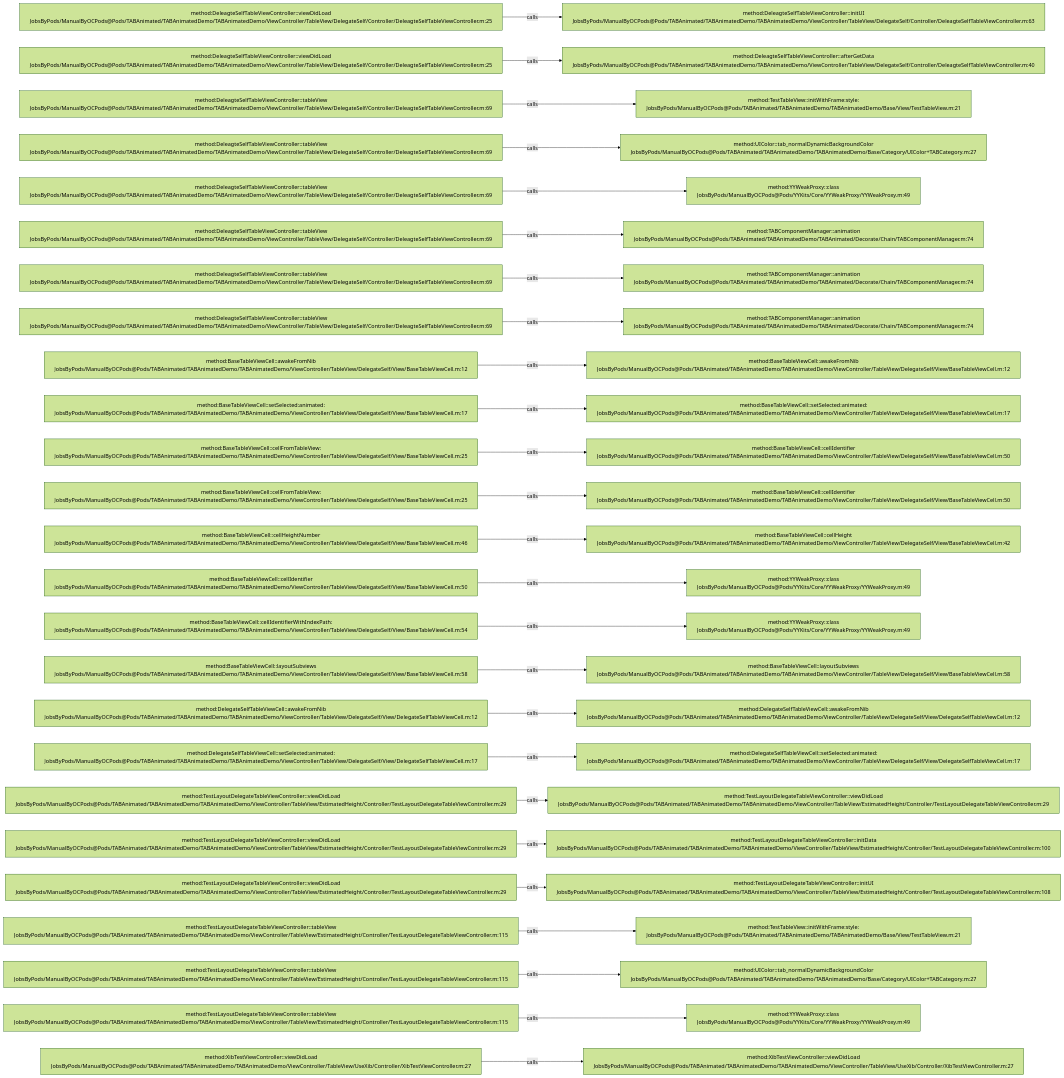
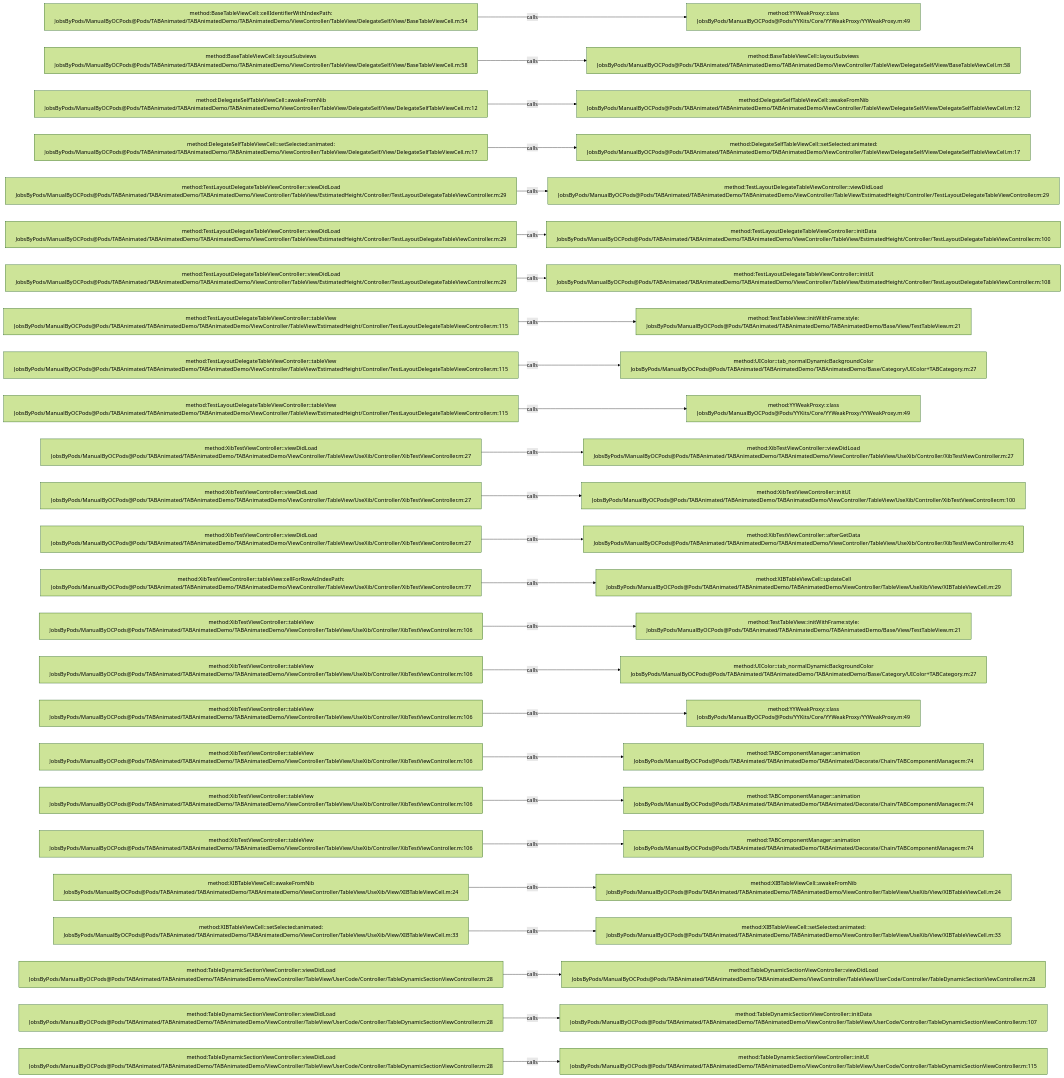
Before and after one commit to JobsKits/JobsOCBaseConfigDemo: the diagram in .codegraph/codegraph.md/graphs/calls-065.md, drawn with Mermaid (forest theme). The commit also changed 296 other files, not shown here.

````diff
--- a/.codegraph/codegraph.md/graphs/calls-065.md
+++ b/.codegraph/codegraph.md/graphs/calls-065.md
@@ -13,78 +13,78 @@
 ```mermaid
 flowchart LR
-  S1["method:DeleagteSelfTableViewController::viewDidLoad<br/>JobsByPods/ManualByOCPods@Pods/TABAnimated/TABAnimatedDemo/TABAnimatedDemo/ViewController/TableView/DelegateSelf/Controller/DeleagteSelfTableViewController.m:25"]
-  T1["method:DeleagteSelfTableViewController::initUI<br/>JobsByPods/ManualByOCPods@Pods/TABAnimated/TABAnimatedDemo/TABAnimatedDemo/ViewController/TableView/DelegateSelf/Controller/DeleagteSelfTableViewController.m:63"]
+  S1["method:BaseTableViewCell::cellIdentifierWithIndexPath:<br/>JobsByPods/ManualByOCPods@Pods/TABAnimated/TABAnimatedDemo/TABAnimatedDemo/ViewController/TableView/DelegateSelf/View/BaseTableViewCell.m:54"]
+  T1["method:YYWeakProxy::class<br/>JobsByPods/ManualByOCPods@Pods/YYKits/Core/YYWeakProxy/YYWeakProxy.m:49"]
   S1 -->|calls| T1
-  S2["method:DeleagteSelfTableViewController::viewDidLoad<br/>JobsByPods/ManualByOCPods@Pods/TABAnimated/TABAnimatedDemo/TABAnimatedDemo/ViewController/TableView/DelegateSelf/Controller/DeleagteSelfTableViewController.m:25"]
-  T2["method:DeleagteSelfTableViewController::afterGetData<br/>JobsByPods/ManualByOCPods@Pods/TABAnimated/TABAnimatedDemo/TABAnimatedDemo/ViewController/TableView/DelegateSelf/Controller/DeleagteSelfTableViewController.m:40"]
+  S2["method:BaseTableViewCell::layoutSubviews<br/>JobsByPods/ManualByOCPods@Pods/TABAnimated/TABAnimatedDemo/TABAnimatedDemo/ViewController/TableView/DelegateSelf/View/BaseTableViewCell.m:58"]
+  T2["method:BaseTableViewCell::layoutSubviews<br/>JobsByPods/ManualByOCPods@Pods/TABAnimated/TABAnimatedDemo/TABAnimatedDemo/ViewController/TableView/DelegateSelf/View/BaseTableViewCell.m:58"]
   S2 -->|calls| T2
-  S3["method:DeleagteSelfTableViewController::tableView<br/>JobsByPods/ManualByOCPods@Pods/TABAnimated/TABAnimatedDemo/TABAnimatedDemo/ViewController/TableView/DelegateSelf/Controller/DeleagteSelfTableViewController.m:69"]
-  T3["method:TestTableView::initWithFrame:style:<br/>JobsByPods/ManualByOCPods@Pods/TABAnimated/TABAnimatedDemo/TABAnimatedDemo/Base/View/TestTableView.m:21"]
+  S3["method:DelegateSelfTableViewCell::awakeFromNib<br/>JobsByPods/ManualByOCPods@Pods/TABAnimated/TABAnimatedDemo/TABAnimatedDemo/ViewController/TableView/DelegateSelf/View/DelegateSelfTableViewCell.m:12"]
+  T3["method:DelegateSelfTableViewCell::awakeFromNib<br/>JobsByPods/ManualByOCPods@Pods/TABAnimated/TABAnimatedDemo/TABAnimatedDemo/ViewController/TableView/DelegateSelf/View/DelegateSelfTableViewCell.m:12"]
   S3 -->|calls| T3
-  S4["method:DeleagteSelfTableViewController::tableView<br/>JobsByPods/ManualByOCPods@Pods/TABAnimated/TABAnimatedDemo/TABAnimatedDemo/ViewController/TableView/DelegateSelf/Controller/DeleagteSelfTableViewController.m:69"]
-  T4["method:UIColor::tab_normalDynamicBackgroundColor<br/>JobsByPods/ManualByOCPods@Pods/TABAnimated/TABAnimatedDemo/TABAnimatedDemo/Base/Category/UIColor+TABCategory.m:27"]
+  S4["method:DelegateSelfTableViewCell::setSelected:animated:<br/>JobsByPods/ManualByOCPods@Pods/TABAnimated/TABAnimatedDemo/TABAnimatedDemo/ViewController/TableView/DelegateSelf/View/DelegateSelfTableViewCell.m:17"]
+  T4["method:DelegateSelfTableViewCell::setSelected:animated:<br/>JobsByPods/ManualByOCPods@Pods/TABAnimated/TABAnimatedDemo/TABAnimatedDemo/ViewController/TableView/DelegateSelf/View/DelegateSelfTableViewCell.m:17"]
   S4 -->|calls| T4
-  S5["method:DeleagteSelfTableViewController::tableView<br/>JobsByPods/ManualByOCPods@Pods/TABAnimated/TABAnimatedDemo/TABAnimatedDemo/ViewController/TableView/DelegateSelf/Controller/DeleagteSelfTableViewController.m:69"]
-  T5["method:YYWeakProxy::class<br/>JobsByPods/ManualByOCPods@Pods/YYKits/Core/YYWeakProxy/YYWeakProxy.m:49"]
+  S5["method:TestLayoutDelegateTableViewController::viewDidLoad<br/>JobsByPods/ManualByOCPods@Pods/TABAnimated/TABAnimatedDemo/TABAnimatedDemo/ViewController/TableView/EstimatedHeight/Controller/TestLayoutDelegateTableViewController.m:29"]
+  T5["method:TestLayoutDelegateTableViewController::viewDidLoad<br/>JobsByPods/ManualByOCPods@Pods/TABAnimated/TABAnimatedDemo/TABAnimatedDemo/ViewController/TableView/EstimatedHeight/Controller/TestLayoutDelegateTableViewController.m:29"]
   S5 -->|calls| T5
-  S6["method:DeleagteSelfTableViewController::tableView<br/>JobsByPods/ManualByOCPods@Pods/TABAnimated/TABAnimatedDemo/TABAnimatedDemo/ViewController/TableView/DelegateSelf/Controller/DeleagteSelfTableViewController.m:69"]
-  T6["method:TABComponentManager::animation<br/>JobsByPods/ManualByOCPods@Pods/TABAnimated/TABAnimatedDemo/TABAnimated/Decorate/Chain/TABComponentManager.m:74"]
+  S6["method:TestLayoutDelegateTableViewController::viewDidLoad<br/>JobsByPods/ManualByOCPods@Pods/TABAnimated/TABAnimatedDemo/TABAnimatedDemo/ViewController/TableView/EstimatedHeight/Controller/TestLayoutDelegateTableViewController.m:29"]
+  T6["method:TestLayoutDelegateTableViewController::initData<br/>JobsByPods/ManualByOCPods@Pods/TABAnimated/TABAnimatedDemo/TABAnimatedDemo/ViewController/TableView/EstimatedHeight/Controller/TestLayoutDelegateTableViewController.m:100"]
   S6 -->|calls| T6
-  S7["method:DeleagteSelfTableViewController::tableView<br/>JobsByPods/ManualByOCPods@Pods/TABAnimated/TABAnimatedDemo/TABAnimatedDemo/ViewController/TableView/DelegateSelf/Controller/DeleagteSelfTableViewController.m:69"]
-  T7["method:TABComponentManager::animation<br/>JobsByPods/ManualByOCPods@Pods/TABAnimated/TABAnimatedDemo/TABAnimated/Decorate/Chain/TABComponentManager.m:74"]
+  S7["method:TestLayoutDelegateTableViewController::viewDidLoad<br/>JobsByPods/ManualByOCPods@Pods/TABAnimated/TABAnimatedDemo/TABAnimatedDemo/ViewController/TableView/EstimatedHeight/Controller/TestLayoutDelegateTableViewController.m:29"]
+  T7["method:TestLayoutDelegateTableViewController::initUI<br/>JobsByPods/ManualByOCPods@Pods/TABAnimated/TABAnimatedDemo/TABAnimatedDemo/ViewController/TableView/EstimatedHeight/Controller/TestLayoutDelegateTableViewController.m:108"]
   S7 -->|calls| T7
-  S8["method:DeleagteSelfTableViewController::tableView<br/>JobsByPods/ManualByOCPods@Pods/TABAnimated/TABAnimatedDemo/TABAnimatedDemo/ViewController/TableView/DelegateSelf/Controller/DeleagteSelfTableViewController.m:69"]
-  T8["method:TABComponentManager::animation<br/>JobsByPods/ManualByOCPods@Pods/TABAnimated/TABAnimatedDemo/TABAnimated/Decorate/Chain/TABComponentManager.m:74"]
+  S8["method:TestLayoutDelegateTableViewController::tableView<br/>JobsByPods/ManualByOCPods@Pods/TABAnimated/TABAnimatedDemo/TABAnimatedDemo/ViewController/TableView/EstimatedHeight/Controller/TestLayoutDelegateTableViewController.m:115"]
+  T8["method:TestTableView::initWithFrame:style:<br/>JobsByPods/ManualByOCPods@Pods/TABAnimated/TABAnimatedDemo/TABAnimatedDemo/Base/View/TestTableView.m:21"]
   S8 -->|calls| T8
-  S9["method:BaseTableViewCell::awakeFromNib<br/>JobsByPods/ManualByOCPods@Pods/TABAnimated/TABAnimatedDemo/TABAnimatedDemo/ViewController/TableView/DelegateSelf/View/BaseTableViewCell.m:12"]
-  T9["method:BaseTableViewCell::awakeFromNib<br/>JobsByPods/ManualByOCPods@Pods/TABAnimated/TABAnimatedDemo/TABAnimatedDemo/ViewController/TableView/DelegateSelf/View/BaseTableViewCell.m:12"]
+  S9["method:TestLayoutDelegateTableViewController::tableView<br/>JobsByPods/ManualByOCPods@Pods/TABAnimated/TABAnimatedDemo/TABAnimatedDemo/ViewController/TableView/EstimatedHeight/Controller/TestLayoutDelegateTableViewController.m:115"]
+  T9["method:UIColor::tab_normalDynamicBackgroundColor<br/>JobsByPods/ManualByOCPods@Pods/TABAnimated/TABAnimatedDemo/TABAnimatedDemo/Base/Category/UIColor+TABCategory.m:27"]
   S9 -->|calls| T9
-  S10["method:BaseTableViewCell::setSelected:animated:<br/>JobsByPods/ManualByOCPods@Pods/TABAnimated/TABAnimatedDemo/TABAnimatedDemo/ViewController/TableView/DelegateSelf/View/BaseTableViewCell.m:17"]
-  T10["method:BaseTableViewCell::setSelected:animated:<br/>JobsByPods/ManualByOCPods@Pods/TABAnimated/TABAnimatedDemo/TABAnimatedDemo/ViewController/TableView/DelegateSelf/View/BaseTableViewCell.m:17"]
+  S10["method:TestLayoutDelegateTableViewController::tableView<br/>JobsByPods/ManualByOCPods@Pods/TABAnimated/TABAnimatedDemo/TABAnimatedDemo/ViewController/TableView/EstimatedHeight/Controller/TestLayoutDelegateTableViewController.m:115"]
+  T10["method:YYWeakProxy::class<br/>JobsByPods/ManualByOCPods@Pods/YYKits/Core/YYWeakProxy/YYWeakProxy.m:49"]
   S10 -->|calls| T10
-  S11["method:BaseTableViewCell::cellFromTableView:<br/>JobsByPods/ManualByOCPods@Pods/TABAnimated/TABAnimatedDemo/TABAnimatedDemo/ViewController/TableView/DelegateSelf/View/BaseTableViewCell.m:25"]
-  T11["method:BaseTableViewCell::cellIdentifier<br/>JobsByPods/ManualByOCPods@Pods/TABAnimated/TABAnimatedDemo/TABAnimatedDemo/ViewController/TableView/DelegateSelf/View/BaseTableViewCell.m:50"]
+  S11["method:XibTestViewController::viewDidLoad<br/>JobsByPods/ManualByOCPods@Pods/TABAnimated/TABAnimatedDemo/TABAnimatedDemo/ViewController/TableView/UseXib/Controller/XibTestViewController.m:27"]
+  T11["method:XibTestViewController::viewDidLoad<br/>JobsByPods/ManualByOCPods@Pods/TABAnimated/TABAnimatedDemo/TABAnimatedDemo/ViewController/TableView/UseXib/Controller/XibTestViewController.m:27"]
   S11 -->|calls| T11
-  S12["method:BaseTableViewCell::cellFromTableView:<br/>JobsByPods/ManualByOCPods@Pods/TABAnimated/TABAnimatedDemo/TABAnimatedDemo/ViewController/TableView/DelegateSelf/View/BaseTableViewCell.m:25"]
-  T12["method:BaseTableViewCell::cellIdentifier<br/>JobsByPods/ManualByOCPods@Pods/TABAnimated/TABAnimatedDemo/TABAnimatedDemo/ViewController/TableView/DelegateSelf/View/BaseTableViewCell.m:50"]
+  S12["method:XibTestViewController::viewDidLoad<br/>JobsByPods/ManualByOCPods@Pods/TABAnimated/TABAnimatedDemo/TABAnimatedDemo/ViewController/TableView/UseXib/Controller/XibTestViewController.m:27"]
+  T12["method:XibTestViewController::initUI<br/>JobsByPods/ManualByOCPods@Pods/TABAnimated/TABAnimatedDemo/TABAnimatedDemo/ViewController/TableView/UseXib/Controller/XibTestViewController.m:100"]
   S12 -->|calls| T12
-  S13["method:BaseTableViewCell::cellHeightNumber<br/>JobsByPods/ManualByOCPods@Pods/TABAnimated/TABAnimatedDemo/TABAnimatedDemo/ViewController/TableView/DelegateSelf/View/BaseTableViewCell.m:46"]
-  T13["method:BaseTableViewCell::cellHeight<br/>JobsByPods/ManualByOCPods@Pods/TABAnimated/TABAnimatedDemo/TABAnimatedDemo/ViewController/TableView/DelegateSelf/View/BaseTableViewCell.m:42"]
+  S13["method:XibTestViewController::viewDidLoad<br/>JobsByPods/ManualByOCPods@Pods/TABAnimated/TABAnimatedDemo/TABAnimatedDemo/ViewController/TableView/UseXib/Controller/XibTestViewController.m:27"]
+  T13["method:XibTestViewController::afterGetData<br/>JobsByPods/ManualByOCPods@Pods/TABAnimated/TABAnimatedDemo/TABAnimatedDemo/ViewController/TableView/UseXib/Controller/XibTestViewController.m:43"]
   S13 -->|calls| T13
-  S14["method:BaseTableViewCell::cellIdentifier<br/>JobsByPods/ManualByOCPods@Pods/TABAnimated/TABAnimatedDemo/TABAnimatedDemo/ViewController/TableView/DelegateSelf/View/BaseTableViewCell.m:50"]
-  T14["method:YYWeakProxy::class<br/>JobsByPods/ManualByOCPods@Pods/YYKits/Core/YYWeakProxy/YYWeakProxy.m:49"]
+  S14["method:XibTestViewController::tableView:cellForRowAtIndexPath:<br/>JobsByPods/ManualByOCPods@Pods/TABAnimated/TABAnimatedDemo/TABAnimatedDemo/ViewController/TableView/UseXib/Controller/XibTestViewController.m:77"]
+  T14["method:XIBTableViewCell::updateCell<br/>JobsByPods/ManualByOCPods@Pods/TABAnimated/TABAnimatedDemo/TABAnimatedDemo/ViewController/TableView/UseXib/View/XIBTableViewCell.m:29"]
   S14 -->|calls| T14
-  S15["method:BaseTableViewCell::cellIdentifierWithIndexPath:<br/>JobsByPods/ManualByOCPods@Pods/TABAnimated/TABAnimatedDemo/TABAnimatedDemo/ViewController/TableView/DelegateSelf/View/BaseTableViewCell.m:54"]
-  T15["method:YYWeakProxy::class<br/>JobsByPods/ManualByOCPods@Pods/YYKits/Core/YYWeakProxy/YYWeakProxy.m:49"]
+  S15["method:XibTestViewController::tableView<br/>JobsByPods/ManualByOCPods@Pods/TABAnimated/TABAnimatedDemo/TABAnimatedDemo/ViewController/TableView/UseXib/Controller/XibTestViewController.m:106"]
+  T15["method:TestTableView::initWithFrame:style:<br/>JobsByPods/ManualByOCPods@Pods/TABAnimated/TABAnimatedDemo/TABAnimatedDemo/Base/View/TestTableView.m:21"]
   S15 -->|calls| T15
-  S16["method:BaseTableViewCell::layoutSubviews<br/>JobsByPods/ManualByOCPods@Pods/TABAnimated/TABAnimatedDemo/TABAnimatedDemo/ViewController/TableView/DelegateSelf/View/BaseTableViewCell.m:58"]
-  T16["method:BaseTableViewCell::layoutSubviews<br/>JobsByPods/ManualByOCPods@Pods/TABAnimated/TABAnimatedDemo/TABAnimatedDemo/ViewController/TableView/DelegateSelf/View/BaseTableViewCell.m:58"]
+  S16["method:XibTestViewController::tableView<br/>JobsByPods/ManualByOCPods@Pods/TABAnimated/TABAnimatedDemo/TABAnimatedDemo/ViewController/TableView/UseXib/Controller/XibTestViewController.m:106"]
+  T16["method:UIColor::tab_normalDynamicBackgroundColor<br/>JobsByPods/ManualByOCPods@Pods/TABAnimated/TABAnimatedDemo/TABAnimatedDemo/Base/Category/UIColor+TABCategory.m:27"]
   S16 -->|calls| T16
-  S17["method:DelegateSelfTableViewCell::awakeFromNib<br/>JobsByPods/ManualByOCPods@Pods/TABAnimated/TABAnimatedDemo/TABAnimatedDemo/ViewController/TableView/DelegateSelf/View/DelegateSelfTableViewCell.m:12"]
-  T17["method:DelegateSelfTableViewCell::awakeFromNib<br/>JobsByPods/ManualByOCPods@Pods/TABAnimated/TABAnimatedDemo/TABAnimatedDemo/ViewController/TableView/DelegateSelf/View/DelegateSelfTableViewCell.m:12"]
+  S17["method:XibTestViewController::tableView<br/>JobsByPods/ManualByOCPods@Pods/TABAnimated/TABAnimatedDemo/TABAnimatedDemo/ViewController/TableView/UseXib/Controller/XibTestViewController.m:106"]
+  T17["method:YYWeakProxy::class<br/>JobsByPods/ManualByOCPods@Pods/YYKits/Core/YYWeakProxy/YYWeakProxy.m:49"]
   S17 -->|calls| T17
-  S18["method:DelegateSelfTableViewCell::setSelected:animated:<br/>JobsByPods/ManualByOCPods@Pods/TABAnimated/TABAnimatedDemo/TABAnimatedDemo/ViewController/TableView/DelegateSelf/View/DelegateSelfTableViewCell.m:17"]
-  T18["method:DelegateSelfTableViewCell::setSelected:animated:<br/>JobsByPods/ManualByOCPods@Pods/TABAnimated/TABAnimatedDemo/TABAnimatedDemo/ViewController/TableView/DelegateSelf/View/DelegateSelfTableViewCell.m:17"]
+  S18["method:XibTestViewController::tableView<br/>JobsByPods/ManualByOCPods@Pods/TABAnimated/TABAnimatedDemo/TABAnimatedDemo/ViewController/TableView/UseXib/Controller/XibTestViewController.m:106"]
+  T18["method:TABComponentManager::animation<br/>JobsByPods/ManualByOCPods@Pods/TABAnimated/TABAnimatedDemo/TABAnimated/Decorate/Chain/TABComponentManager.m:74"]
   S18 -->|calls| T18
-  S19["method:TestLayoutDelegateTableViewController::viewDidLoad<br/>JobsByPods/ManualByOCPods@Pods/TABAnimated/TABAnimatedDemo/TABAnimatedDemo/ViewController/TableView/EstimatedHeight/Controller/TestLayoutDelegateTableViewController.m:29"]
-  T19["method:TestLayoutDelegateTableViewController::viewDidLoad<br/>JobsByPods/ManualByOCPods@Pods/TABAnimated/TABAnimatedDemo/TABAnimatedDemo/ViewController/TableView/EstimatedHeight/Controller/TestLayoutDelegateTableViewController.m:29"]
+  S19["method:XibTestViewController::tableView<br/>JobsByPods/ManualByOCPods@Pods/TABAnimated/TABAnimatedDemo/TABAnimatedDemo/ViewController/TableView/UseXib/Controller/XibTestViewController.m:106"]
+  T19["method:TABComponentManager::animation<br/>JobsByPods/ManualByOCPods@Pods/TABAnimated/TABAnimatedDemo/TABAnimated/Decorate/Chain/TABComponentManager.m:74"]
   S19 -->|calls| T19
-  S20["method:TestLayoutDelegateTableViewController::viewDidLoad<br/>JobsByPods/ManualByOCPods@Pods/TABAnimated/TABAnimatedDemo/TABAnimatedDemo/ViewController/TableView/EstimatedHeight/Controller/TestLayoutDelegateTableViewController.m:29"]
-  T20["method:TestLayoutDelegateTableViewController::initData<br/>JobsByPods/ManualByOCPods@Pods/TABAnimated/TABAnimatedDemo/TABAnimatedDemo/ViewController/TableView/EstimatedHeight/Controller/TestLayoutDelegateTableViewController.m:100"]
+  S20["method:XibTestViewController::tableView<br/>JobsByPods/ManualByOCPods@Pods/TABAnimated/TABAnimatedDemo/TABAnimatedDemo/ViewController/TableView/UseXib/Controller/XibTestViewController.m:106"]
+  T20["method:TABComponentManager::animation<br/>JobsByPods/ManualByOCPods@Pods/TABAnimated/TABAnimatedDemo/TABAnimated/Decorate/Chain/TABComponentManager.m:74"]
   S20 -->|calls| T20
-  S21["method:TestLayoutDelegateTableViewController::viewDidLoad<br/>JobsByPods/ManualByOCPods@Pods/TABAnimated/TABAnimatedDemo/TABAnimatedDemo/ViewController/TableView/EstimatedHeight/Controller/TestLayoutDelegateTableViewController.m:29"]
-  T21["method:TestLayoutDelegateTableViewController::initUI<br/>JobsByPods/ManualByOCPods@Pods/TABAnimated/TABAnimatedDemo/TABAnimatedDemo/ViewController/TableView/EstimatedHeight/Controller/TestLayoutDelegateTableViewController.m:108"]
+  S21["method:XIBTableViewCell::awakeFromNib<br/>JobsByPods/ManualByOCPods@Pods/TABAnimated/TABAnimatedDemo/TABAnimatedDemo/ViewController/TableView/UseXib/View/XIBTableViewCell.m:24"]
+  T21["method:XIBTableViewCell::awakeFromNib<br/>JobsByPods/ManualByOCPods@Pods/TABAnimated/TABAnimatedDemo/TABAnimatedDemo/ViewController/TableView/UseXib/View/XIBTableViewCell.m:24"]
   S21 -->|calls| T21
-  S22["method:TestLayoutDelegateTableViewController::tableView<br/>JobsByPods/ManualByOCPods@Pods/TABAnimated/TABAnimatedDemo/TABAnimatedDemo/ViewController/TableView/EstimatedHeight/Controller/TestLayoutDelegateTableViewController.m:115"]
-  T22["method:TestTableView::initWithFrame:style:<br/>JobsByPods/ManualByOCPods@Pods/TABAnimated/TABAnimatedDemo/TABAnimatedDemo/Base/View/TestTableView.m:21"]
+  S22["method:XIBTableViewCell::setSelected:animated:<br/>JobsByPods/ManualByOCPods@Pods/TABAnimated/TABAnimatedDemo/TABAnimatedDemo/ViewController/TableView/UseXib/View/XIBTableViewCell.m:33"]
+  T22["method:XIBTableViewCell::setSelected:animated:<br/>JobsByPods/ManualByOCPods@Pods/TABAnimated/TABAnimatedDemo/TABAnimatedDemo/ViewController/TableView/UseXib/View/XIBTableViewCell.m:33"]
   S22 -->|calls| T22
-  S23["method:TestLayoutDelegateTableViewController::tableView<br/>JobsByPods/ManualByOCPods@Pods/TABAnimated/TABAnimatedDemo/TABAnimatedDemo/ViewController/TableView/EstimatedHeight/Controller/TestLayoutDelegateTableViewController.m:115"]
-  T23["method:UIColor::tab_normalDynamicBackgroundColor<br/>JobsByPods/ManualByOCPods@Pods/TABAnimated/TABAnimatedDemo/TABAnimatedDemo/Base/Category/UIColor+TABCategory.m:27"]
+  S23["method:TableDynamicSectionViewController::viewDidLoad<br/>JobsByPods/ManualByOCPods@Pods/TABAnimated/TABAnimatedDemo/TABAnimatedDemo/ViewController/TableView/UserCode/Controller/TableDynamicSectionViewController.m:28"]
+  T23["method:TableDynamicSectionViewController::viewDidLoad<br/>JobsByPods/ManualByOCPods@Pods/TABAnimated/TABAnimatedDemo/TABAnimatedDemo/ViewController/TableView/UserCode/Controller/TableDynamicSectionViewController.m:28"]
   S23 -->|calls| T23
-  S24["method:TestLayoutDelegateTableViewController::tableView<br/>JobsByPods/ManualByOCPods@Pods/TABAnimated/TABAnimatedDemo/TABAnimatedDemo/ViewController/TableView/EstimatedHeight/Controller/TestLayoutDelegateTableViewController.m:115"]
-  T24["method:YYWeakProxy::class<br/>JobsByPods/ManualByOCPods@Pods/YYKits/Core/YYWeakProxy/YYWeakProxy.m:49"]
+  S24["method:TableDynamicSectionViewController::viewDidLoad<br/>JobsByPods/ManualByOCPods@Pods/TABAnimated/TABAnimatedDemo/TABAnimatedDemo/ViewController/TableView/UserCode/Controller/TableDynamicSectionViewController.m:28"]
+  T24["method:TableDynamicSectionViewController::initData<br/>JobsByPods/ManualByOCPods@Pods/TABAnimated/TABAnimatedDemo/TABAnimatedDemo/ViewController/TableView/UserCode/Controller/TableDynamicSectionViewController.m:107"]
   S24 -->|calls| T24
-  S25["method:XibTestViewController::viewDidLoad<br/>JobsByPods/ManualByOCPods@Pods/TABAnimated/TABAnimatedDemo/TABAnimatedDemo/ViewController/TableView/UseXib/Controller/XibTestViewController.m:27"]
-  T25["method:XibTestViewController::viewDidLoad<br/>JobsByPods/ManualByOCPods@Pods/TABAnimated/TABAnimatedDemo/TABAnimatedDemo/ViewController/TableView/UseXib/Controller/XibTestViewController.m:27"]
+  S25["method:TableDynamicSectionViewController::viewDidLoad<br/>JobsByPods/ManualByOCPods@Pods/TABAnimated/TABAnimatedDemo/TABAnimatedDemo/ViewController/TableView/UserCode/Controller/TableDynamicSectionViewController.m:28"]
+  T25["method:TableDynamicSectionViewController::initUI<br/>JobsByPods/ManualByOCPods@Pods/TABAnimated/TABAnimatedDemo/TABAnimatedDemo/ViewController/TableView/UserCode/Controller/TableDynamicSectionViewController.m:115"]
   S25 -->|calls| T25
 ```
````
